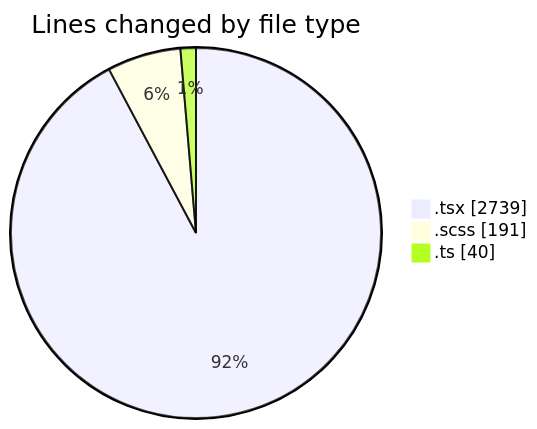
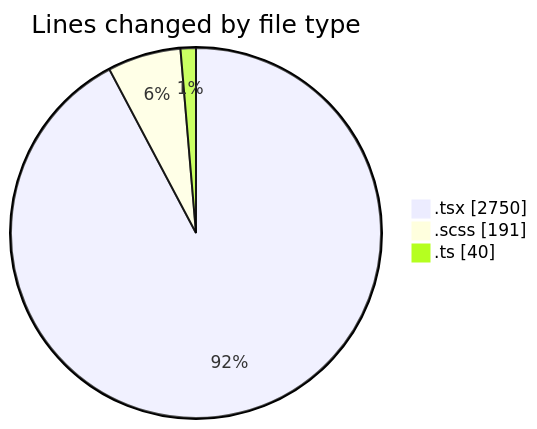
Before and after one commit to momahboobian/code-tracking: the first of 2 diagrams in 2025-04-04/cda/README.md, drawn with Mermaid. The commit also changed other lines of this file and 1 other file, not shown here.

````diff
--- a/2025-04-04/cda/README.md
+++ b/2025-04-04/cda/README.md
@@ -32,7 +32,7 @@
 ```mermaid
 pie showData
 title Lines changed by file type
-".tsx" : 2739
+".tsx" : 2750
 ".scss" : 191
 ".ts" : 40
 ```
````
